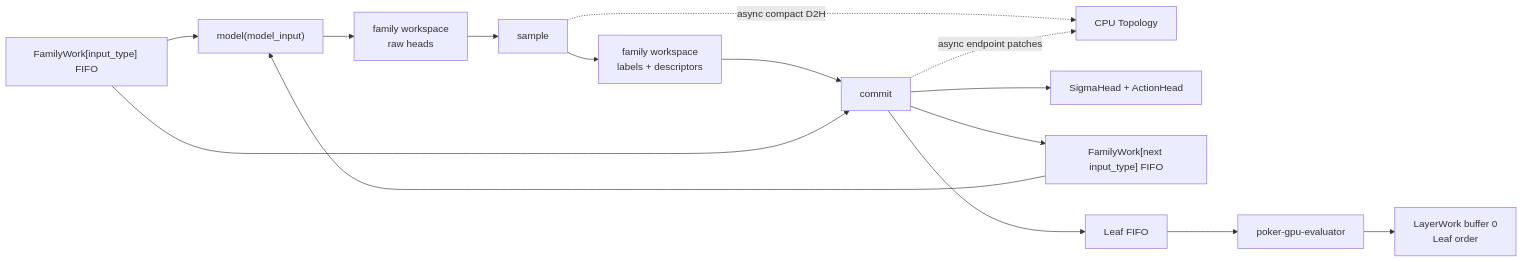
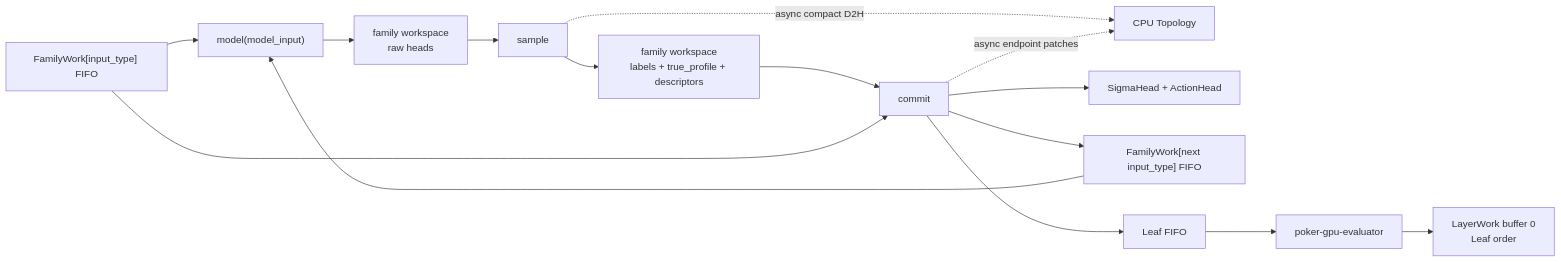
Before and after one commit to pbustillo05/ai-game-learning: the first of 2 diagrams in docs/todo/refactor/storage_redesign.md, drawn with Mermaid. The commit also changed other lines of this file and 7 other files, not shown here.

````diff
--- a/docs/todo/refactor/storage_redesign.md
+++ b/docs/todo/refactor/storage_redesign.md
@@ -195,17 +213,17 @@
 ```mermaid
 flowchart LR
   Q["FamilyWork[input_type] FIFO"] --> M["model(model_input)"]
   M --> W["family workspace<br/>raw heads"]
   W --> S["sample"]
   S -. "async compact D2H" .-> T["CPU Topology"]
-  S --> D["family workspace<br/>labels + descriptors"]
+  S --> D["family workspace<br/>labels + true_profile + descriptors"]
   D --> C["commit"]
   Q --> C
   C -. "async endpoint patches" .-> T
   C --> H["SigmaHead + ActionHead"]
   C --> Q2["FamilyWork[next input_type] FIFO"]
   C --> L["Leaf FIFO"]
   Q2 --> M
   L --> E["poker-gpu-evaluator"]
   E --> R["LayerWork buffer 0<br/>Leaf order"]
 ```
````
